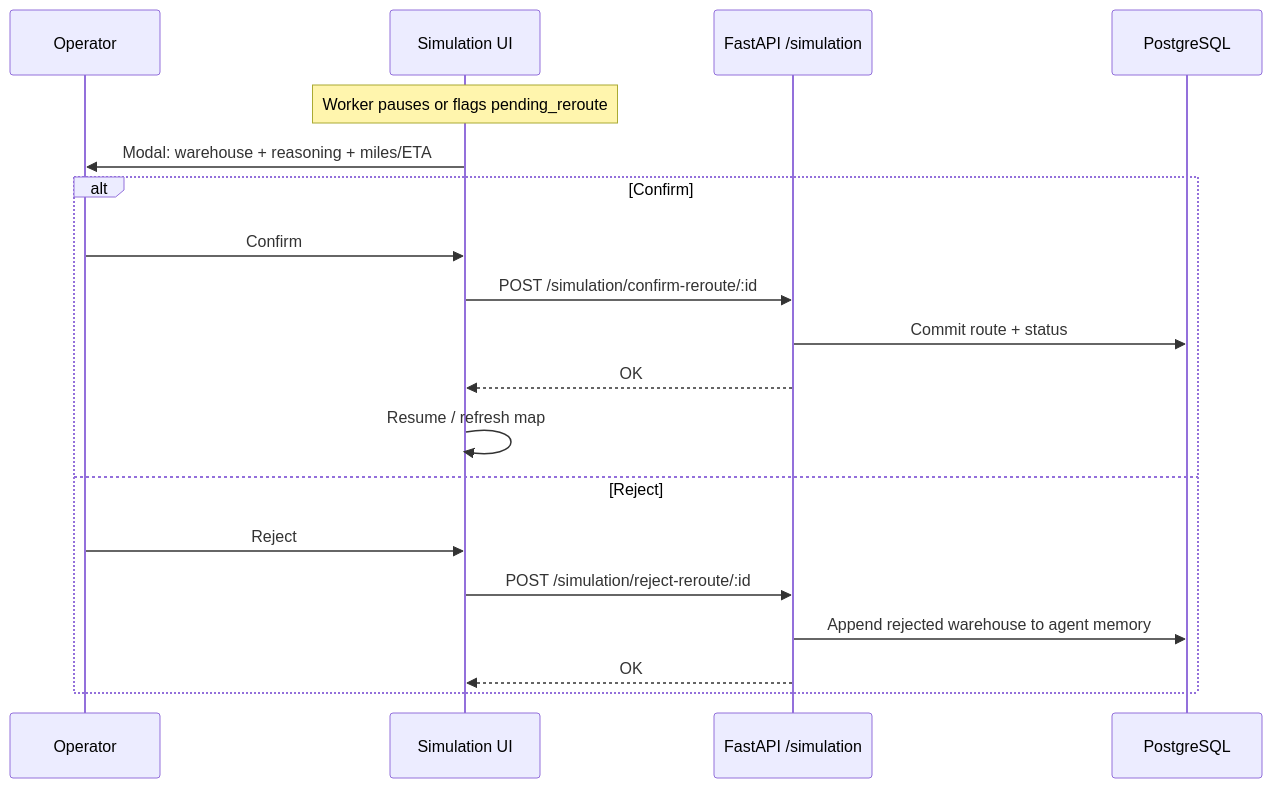
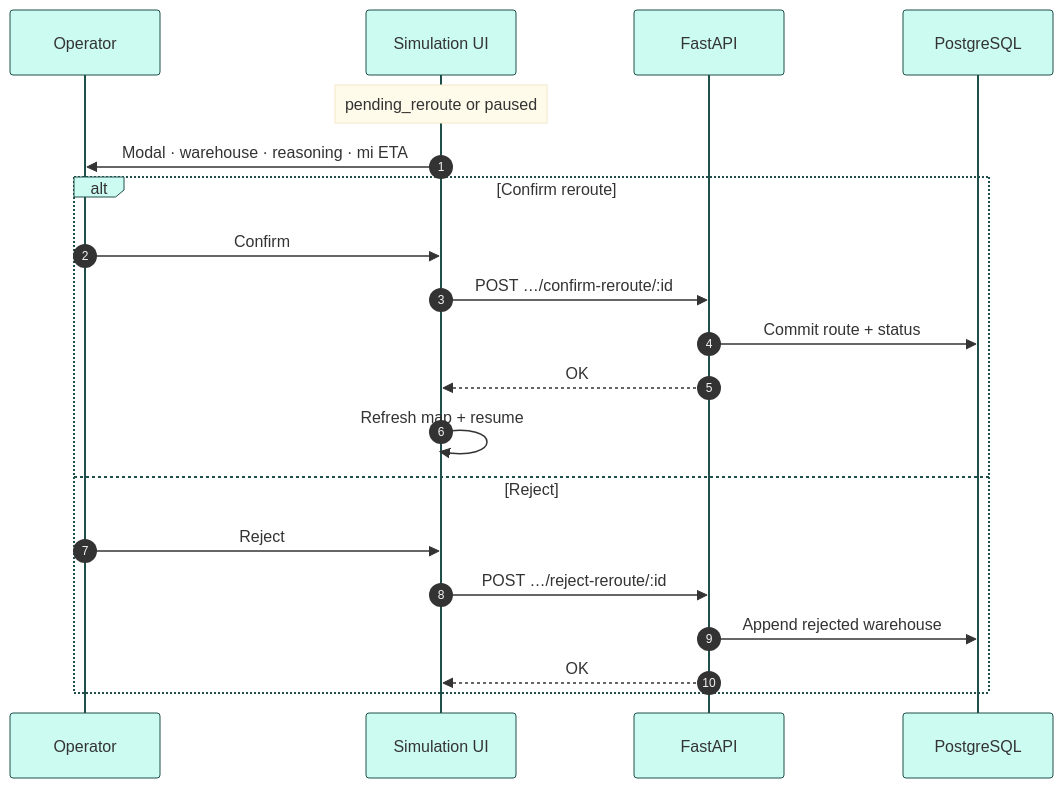
Before and after one commit to dhanyakini/PharmAI-Chain: the sixth of 7 diagrams in docs/FLOWCHARTS.md, drawn with Mermaid. The commit also changed other lines of this file and 8 other files, not shown here.

Commit message:
Update documentation to include architecture diagrams and PNG export instructions in README and FLOWCHARTS.md

````diff
--- a/docs/FLOWCHARTS.md
+++ b/docs/FLOWCHARTS.md
@@ -169,22 +193,24 @@
 ```mermaid
+%%{init: {'theme':'base','themeVariables':{'primaryColor':'#0d9488','actorBkg':'#ccfbf1','noteBkgColor':'#fffbeb','fontFamily':'ui-sans-serif, system-ui, sans-serif'},'sequence':{'actorFontSize':15,'messageFontSize':14}}}%%
 sequenceDiagram
+  autonumber
   participant Op as Operator
   participant UI as Simulation UI
-  participant API as FastAPI /simulation
+  participant API as FastAPI
   participant DB as PostgreSQL
 
-  Note over UI: Worker pauses or flags pending_reroute
-  UI->>Op: Modal: warehouse + reasoning + miles/ETA
-  alt Confirm
+  Note over UI: pending_reroute or paused
+  UI->>Op: Modal · warehouse · reasoning · mi ETA
+  alt Confirm reroute
     Op->>UI: Confirm
-    UI->>API: POST /simulation/confirm-reroute/:id
+    UI->>API: POST …/confirm-reroute/:id
     API->>DB: Commit route + status
     API-->>UI: OK
-    UI->>UI: Resume / refresh map
+    UI->>UI: Refresh map + resume
   else Reject
     Op->>UI: Reject
-    UI->>API: POST /simulation/reject-reroute/:id
-    API->>DB: Append rejected warehouse to agent memory
+    UI->>API: POST …/reject-reroute/:id
+    API->>DB: Append rejected warehouse
     API-->>UI: OK
   end
 ```
````
